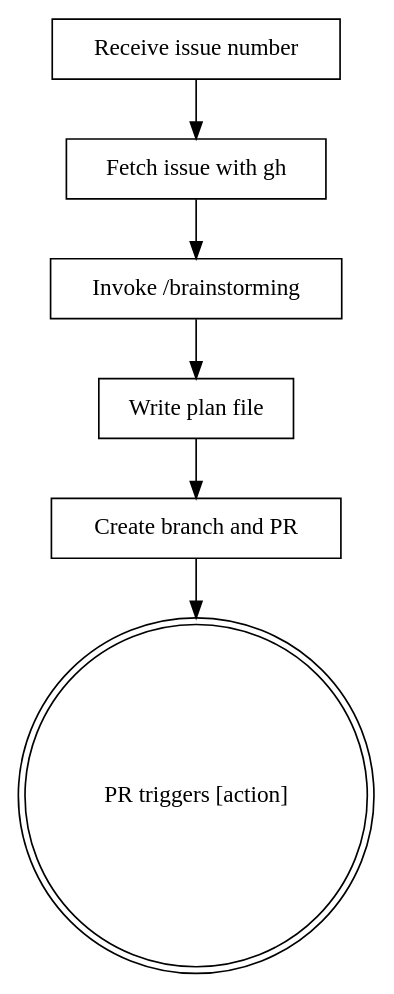
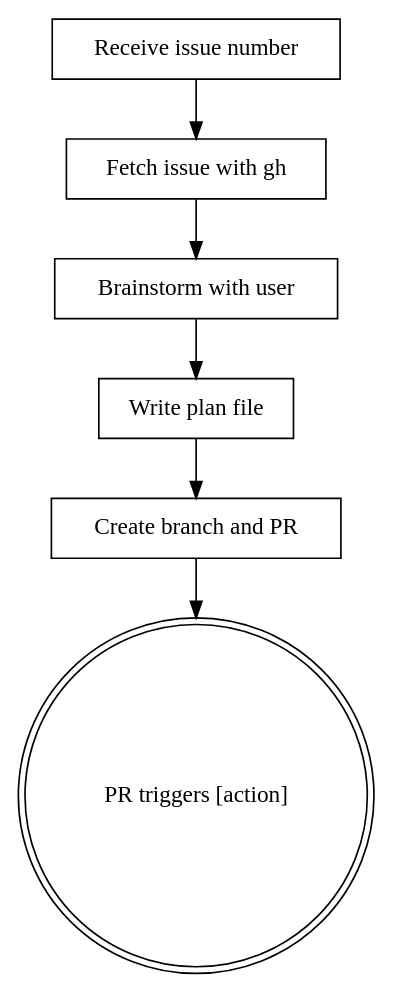
One commit to GiggleLiu/pr-resolver changed the diagram in .claude/skills/issue-to-pr.md. Above: the diagram before and after it, drawn with Graphviz. The commit also changed other lines of this file, not shown here.

Commit message:
Use superpowers:brainstorming in issue-to-pr skill

````diff
--- a/.claude/skills/issue-to-pr.md
+++ b/.claude/skills/issue-to-pr.md
@@ -18,16 +18,16 @@
 ```dot
 digraph issue_to_pr {
     "Receive issue number" [shape=box];
     "Fetch issue with gh" [shape=box];
-    "Invoke /brainstorming" [shape=box];
+    "Brainstorm with user" [shape=box];
     "Write plan file" [shape=box];
     "Create branch and PR" [shape=box];
     "PR triggers [action]" [shape=doublecircle];
 
     "Receive issue number" -> "Fetch issue with gh";
-    "Fetch issue with gh" -> "Invoke /brainstorming";
-    "Invoke /brainstorming" -> "Write plan file";
+    "Fetch issue with gh" -> "Brainstorm with user";
+    "Brainstorm with user" -> "Write plan file";
     "Write plan file" -> "Create branch and PR";
     "Create branch and PR" -> "PR triggers [action]";
 }
 ```
````
